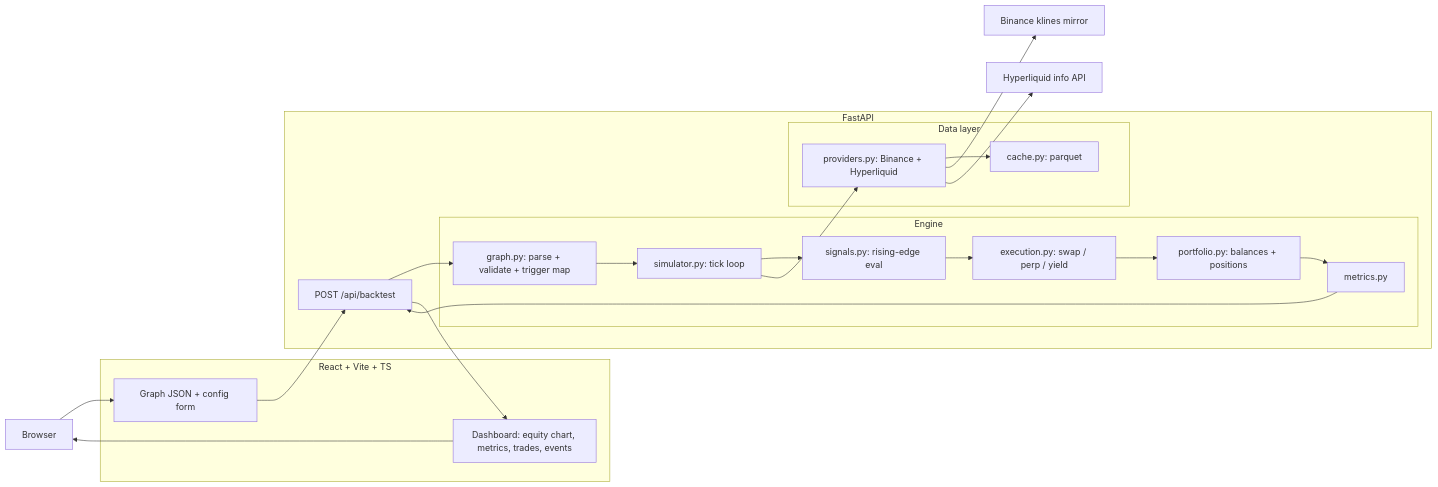
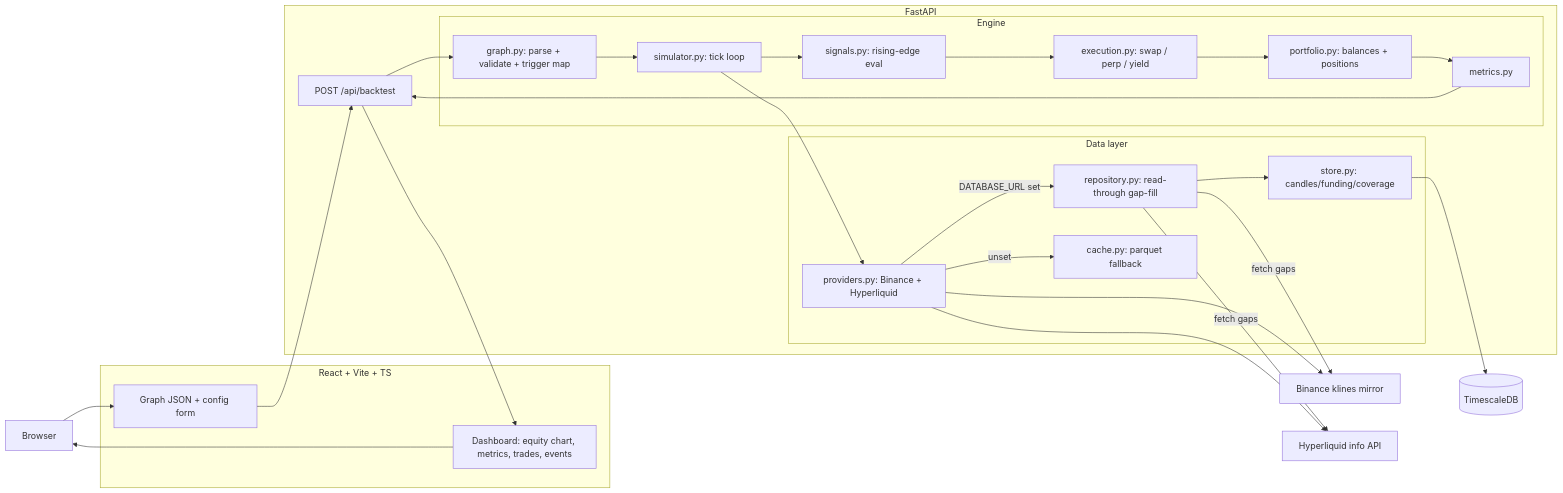
Before and after one commit to liyifan5923013/catalyst-backtester: the second of 2 diagrams in docs/DESIGN.md, drawn with Mermaid. The commit also changed other lines of this file and 23 other files, not shown here.

````diff
--- a/docs/DESIGN.md
+++ b/docs/DESIGN.md
@@ -104,31 +104,38 @@
 ```mermaid
 flowchart LR
   user[Browser]
   subgraph fe [React + Vite + TS]
     form[Graph JSON + config form]
     dash[Dashboard: equity chart, metrics, trades, events]
   end
   subgraph be [FastAPI]
     api["POST /api/backtest"]
     subgraph engine [Engine]
       parser[graph.py: parse + validate + trigger map]
       sim[simulator.py: tick loop]
       sig[signals.py: rising-edge eval]
       exe[execution.py: swap / perp / yield]
       pf[portfolio.py: balances + positions]
       met[metrics.py]
     end
     subgraph data [Data layer]
       prov[providers.py: Binance + Hyperliquid]
-      cache[cache.py: parquet]
+      repo[repository.py: read-through gap-fill]
+      store[store.py: candles/funding/coverage]
+      cache[cache.py: parquet fallback]
     end
   end
   binance[Binance klines mirror]
   hl[Hyperliquid info API]
+  ts[(TimescaleDB)]
 
   user --> form --> api --> parser --> sim
   sim --> sig --> exe --> pf --> met --> api --> dash --> user
-  sim --> prov --> cache
+  sim --> prov
+  prov -->|"DATABASE_URL set"| repo --> store --> ts
+  prov -->|"unset"| cache
+  repo -->|fetch gaps| binance
+  repo -->|fetch gaps| hl
   prov --> binance
   prov --> hl
 ```
````
